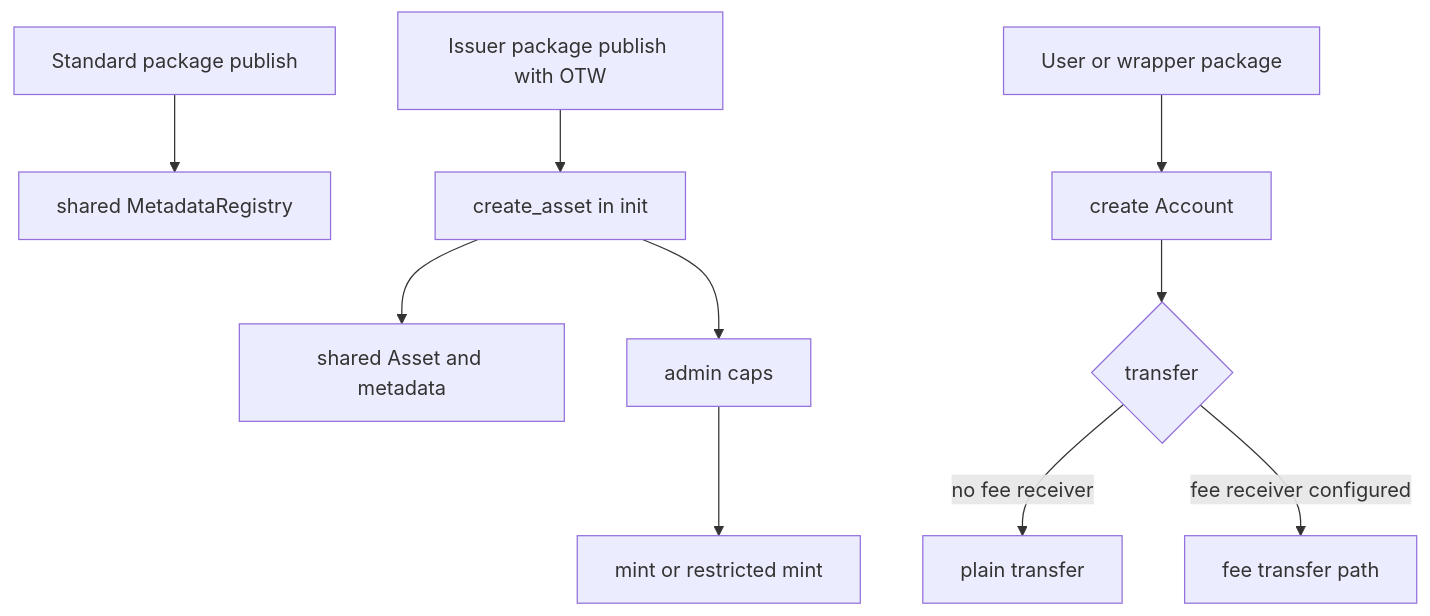
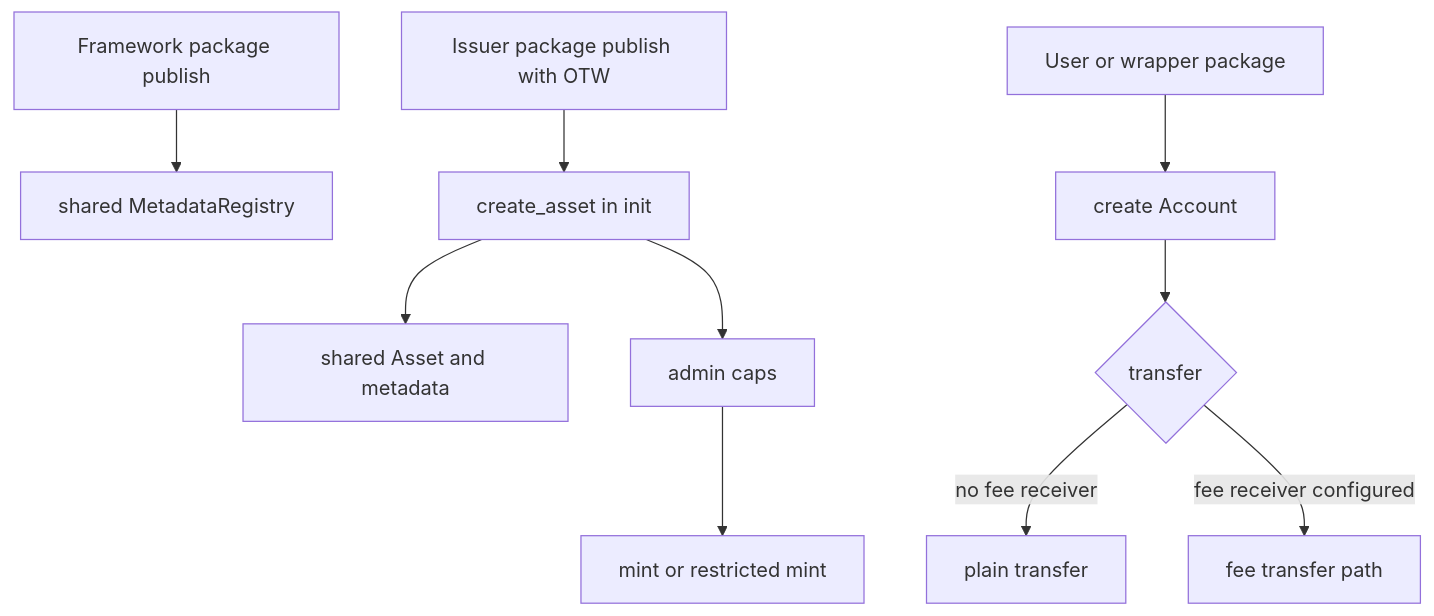
Before and after one commit to 92GC/regulated-account: the second of 2 diagrams in README.md, drawn with Mermaid. The commit also changed other lines of this file, not shown here.

````diff
--- a/README.md
+++ b/README.md
@@ -40,12 +40,12 @@
 ```mermaid
 flowchart TD
-    standard[Standard package publish] --> registry[shared MetadataRegistry]
+    framework[Framework package publish] --> registry[shared MetadataRegistry]
     issuer[Issuer package publish with OTW] --> create[create_asset in init]
     create --> asset[shared Asset and metadata]
     create --> caps[admin caps]
     user[User or wrapper package] --> account[create Account]
     caps --> mint[mint or restricted mint]
     account --> transfer{transfer}
     transfer -->|no fee receiver| plain[plain transfer]
     transfer -->|fee receiver configured| fee[fee transfer path]
 ```
````
